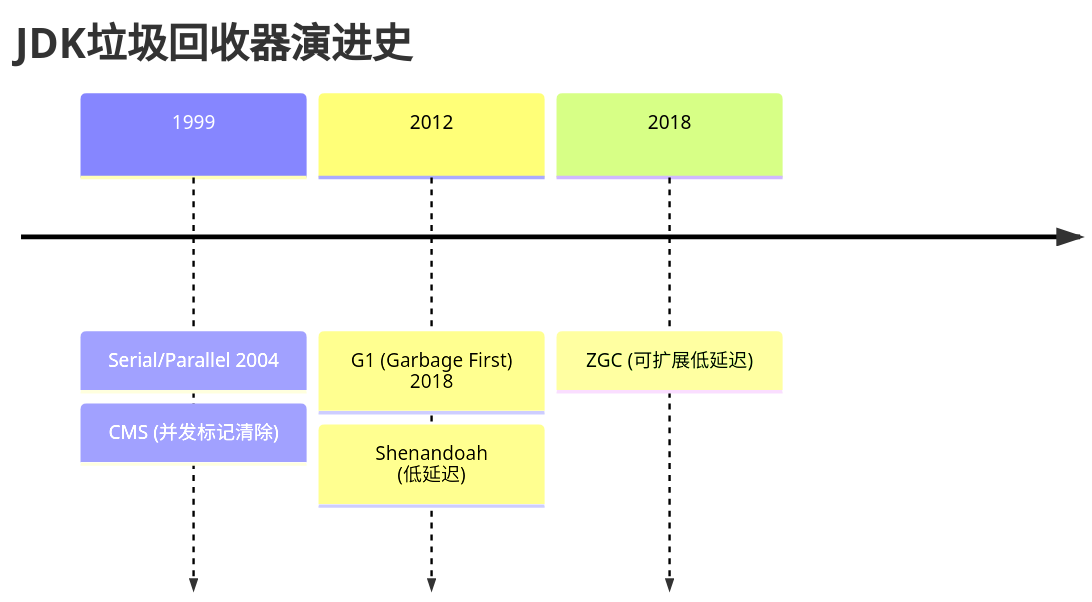
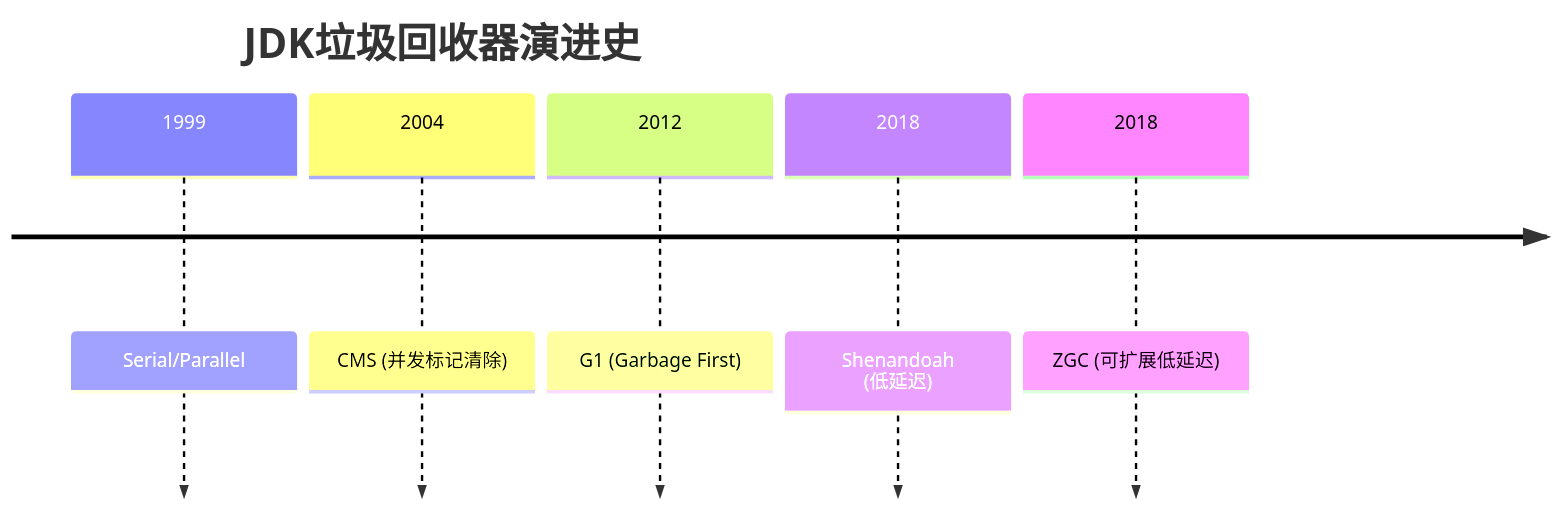
One commit to lettlehan/hans-blog changed the first of 3 diagrams in content/good-work/JDK/垃圾回收器.md. Above: the diagram before and after it, drawn with Mermaid. The commit also changed other lines of this file and 20 other files, not shown here.

````diff
--- a/content/good-work/JDK/垃圾回收器.md
+++ b/content/good-work/JDK/垃圾回收器.md
@@ -7,7 +13,9 @@
-```mermaid  
-timeline  
-    title JDK垃圾回收器演进史  
-    1999 : Serial/Parallel    2004 : CMS (并发标记清除)  
-    2012 : G1 (Garbage First)    2018 : Shenandoah (低延迟)  
-    2018 : ZGC (可扩展低延迟)  
-```  
+```mermaid
+timeline
+    title JDK垃圾回收器演进史
+    1999 : Serial/Parallel
+    2004 : CMS (并发标记清除)
+    2012 : G1 (Garbage First)
+    2018 : Shenandoah (低延迟)
+    2018 : ZGC (可扩展低延迟)
+```
````
